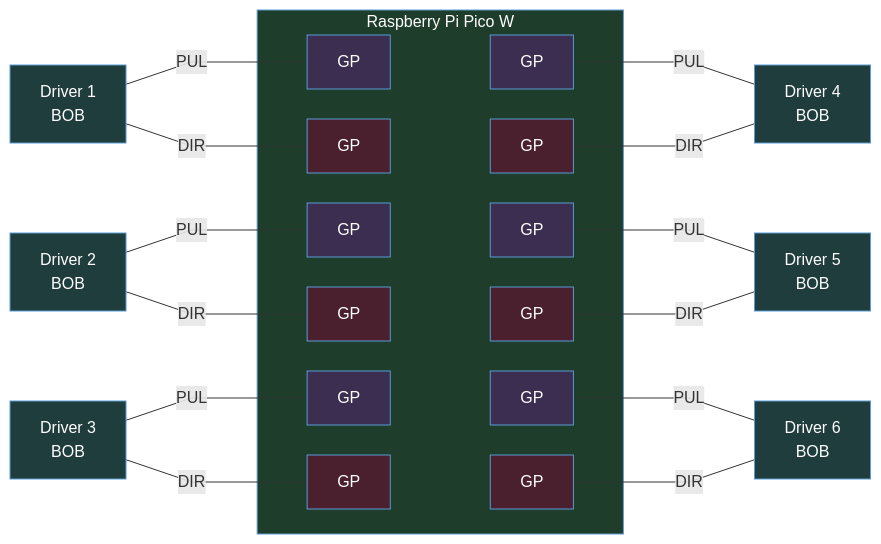
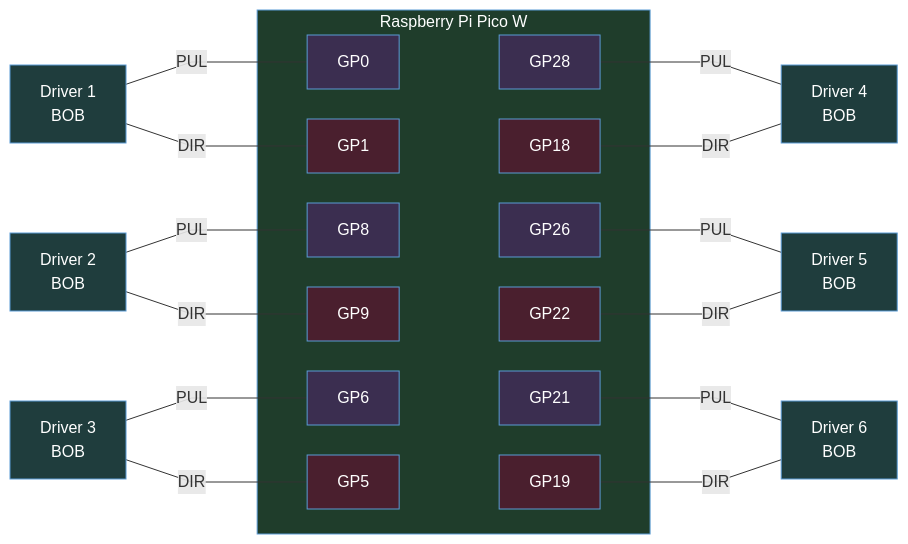
One commit to lyngstad-armin/scale-crane-electric-wire-luffing changed the diagram in .ignore/mermaid-charts/PLATFORM-GPIO.mmd. Above: the diagram before and after it, drawn with Mermaid. The commit also changed 35 other files, not shown here.

Commit message:
Added all scripts for Platform, Started writing Rigging Guide.md, corrected some wiring diagrams and associated mmd files.

```diff
--- a/.ignore/mermaid-charts/PLATFORM-GPIO.mmd
+++ b/.ignore/mermaid-charts/PLATFORM-GPIO.mmd
@@ -1,102 +1,102 @@
 %%{init: { 'flowchart': { 'nodeSpacing': 30, 'rankSpacing': 100, 'curve': 'linear' } } }%%
 flowchart LR
 classDef navy fill:#2e3c50,stroke:#5b9bd5,color:#fff
 classDef crimson fill:#5c2525,stroke:#5b9bd5,color:#fff
 classDef forest fill:#1f3d2b,stroke:#5b9bd5,color:#fff
 classDef plum fill:#3b2e50,stroke:#5b9bd5,color:#fff
 classDef teal fill:#1f3d3d,stroke:#5b9bd5,color:#fff
 classDef amber fill:#5a3a1a,stroke:#5b9bd5,color:#fff
 classDef magenta fill:#4a1f3d,stroke:#5b9bd5,color:#fff
 classDef olive fill:#4a4a1f,stroke:#5b9bd5,color:#fff
 classDef slate fill:#33383f,stroke:#5b9bd5,color:#fff
 classDef indigo fill:#2a2a5c,stroke:#5b9bd5,color:#fff
 classDef maroon fill:#4a1f2e,stroke:#5b9bd5,color:#fff
 classDef umber fill:#3d2b1f,stroke:#5b9bd5,color:#fff
 classDef steel fill:#1f3a4a,stroke:#5b9bd5,color:#fff
 classDef mustard fill:#4a3f1f,stroke:#5b9bd5,color:#fff
 
 D1[Driver 1<br> BOB]
 D2[Driver 2<br> BOB]
 D3[Driver 3<br> BOB]
 D4[Driver 4<br> BOB]
 D5[Driver 5<br> BOB]
 D6[Driver 6<br> BOB]
 
 subgraph RBPI[Raspberry Pi Pico W]
     GPX1
     GPX2
     GPX3
     GPX4
     GPX5
     GPX6
     GPX7
     GPX8
     GPX9
     GPX10
     GPX11
     GPX12
 end
 
 GPX1 --- GPX7
 GPX2 --- GPX8
 GPX3 --- GPX9
 GPX4 --- GPX10
 GPX5 --- GPX11
 GPX6 --- GPX12
 linkStyle 0,1,2,3,4,5 display:none
 
 D1 ---|PUL| GPX1
 D1 ---|DIR| GPX2
 
 D2 ---|PUL| GPX3
 D2 ---|DIR| GPX4
 
 D3 ---|PUL| GPX5
 D3 ---|DIR| GPX6
 
 GPX7 ---|PUL| D4
 GPX8 ---|DIR| D4
 
 
 GPX9 ---|PUL| D5
 GPX10 ---|DIR| D5
 
 
 GPX11 ---|PUL| D6
 GPX12 ---|DIR| D6
 
 
 %%Style
 D1:::teal
 D2:::teal
 D3:::teal
 D4:::teal
 D5:::teal
 D6:::teal
 RBPI:::forest
 GPX1:::plum
 GPX2:::maroon
 GPX3:::plum
 GPX4:::maroon
 GPX5:::plum
 GPX6:::maroon
 GPX7:::plum
 GPX8:::maroon
 GPX9:::plum
 GPX10:::maroon
 GPX11:::plum
 GPX12:::maroon
 
 %%Name
-GPX1["GP"]
-GPX2["GP"]
-GPX3["GP"]
-GPX4["GP"]
-GPX5["GP"]
-GPX6["GP"]
-GPX7["GP"]
-GPX8["GP"]
-GPX9["GP"]
-GPX10["GP"]
-GPX11["GP"]
-GPX12["GP"]
+GPX1["GP0"]
+GPX2["GP1"]
+GPX3["GP8"]
+GPX4["GP9"]
+GPX5["GP6"]
+GPX6["GP5"]
+GPX7["GP28"]
+GPX8["GP18"]
+GPX9["GP26"]
+GPX10["GP22"]
+GPX11["GP21"]
+GPX12["GP19"]
```
